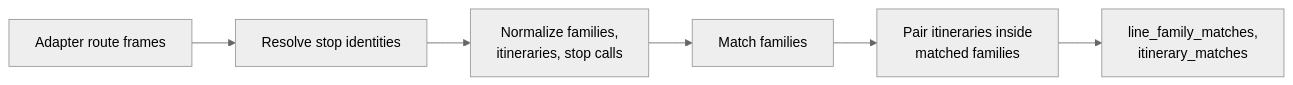
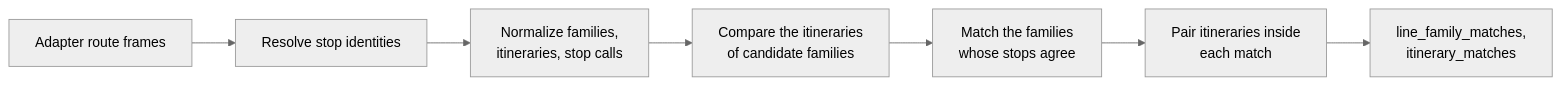
Before and after one commit to openTdataCH/osm-public-transport-matcher: the diagram in documentation/3.2 Route-route matching.md, drawn with Mermaid (neutral theme). The commit also changed other lines of this file and 9 other files, not shown here.

````diff
--- a/documentation/3.2 Route-route matching.md
+++ b/documentation/3.2 Route-route matching.md
@@ -5,8 +5,9 @@
 ```mermaid
 flowchart LR
     A["Adapter route frames"] --> B["Resolve stop identities"]
     B --> C["Normalize families,<br/>itineraries, stop calls"]
-    C --> D["Match families"]
-    D --> E["Pair itineraries inside<br/>matched families"]
-    E --> F["line_family_matches,<br/>itinerary_matches"]
+    C --> D["Compare the itineraries<br/>of candidate families"]
+    D --> E["Match the families<br/>whose stops agree"]
+    E --> F["Pair itineraries inside<br/>each match"]
+    F --> G["line_family_matches,<br/>itinerary_matches"]
 ```
````
